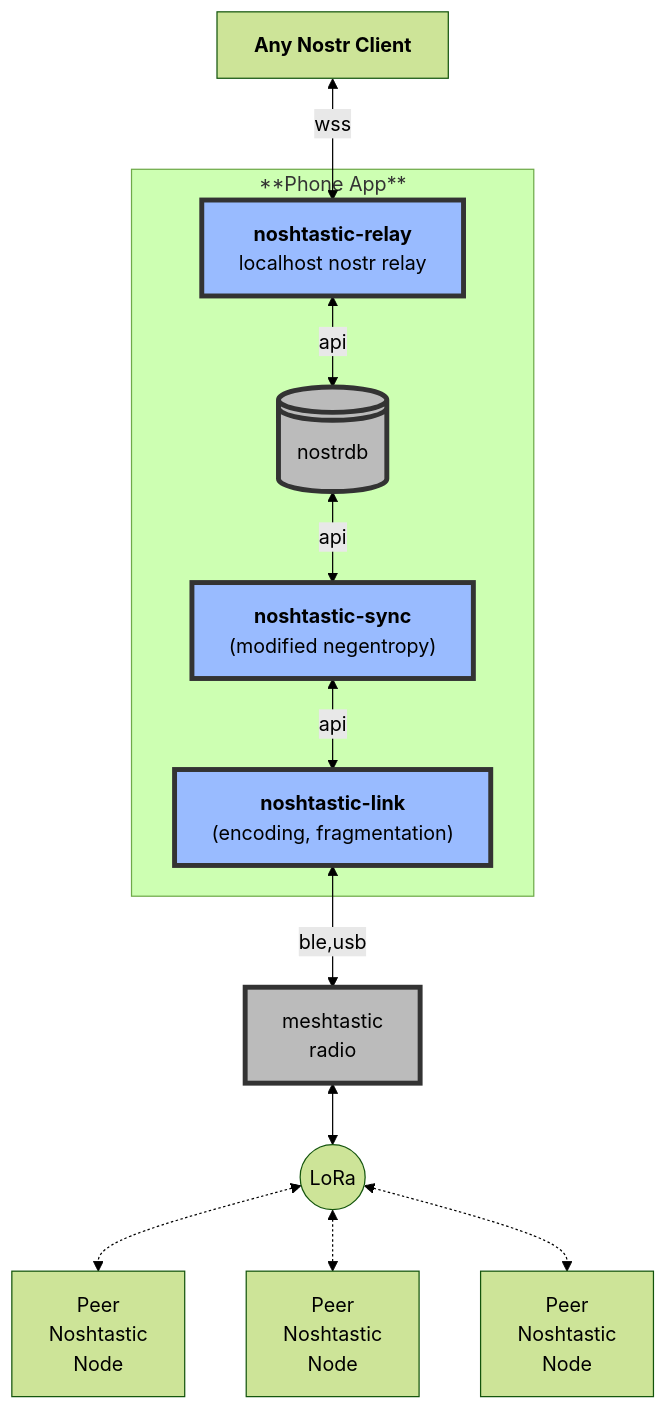
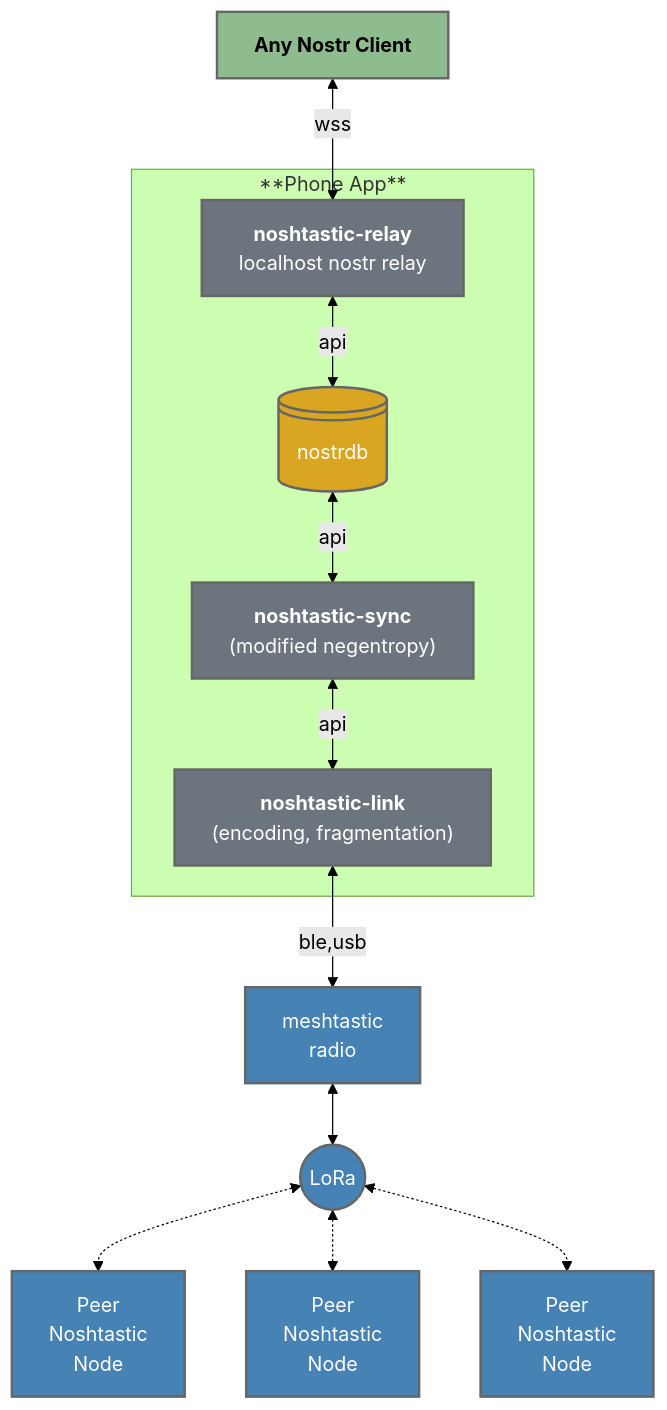
One commit to ksedgwic/noshtastic changed the diagram in README.md. Above: the diagram before and after it, drawn with Mermaid (forest theme).

Commit message:
better color scheme for both dark and light schemes

````diff
--- a/README.md
+++ b/README.md
@@ -5,52 +5,56 @@
 ```mermaid
 flowchart TD
    CLIENT["`**Any Nostr Client**`"]
-   style MESH fill:#bbb,stroke:#333,stroke-width:4px
+   style CLIENT fill:#8fbc8f,stroke:#666,stroke-width:2px,color:#000
 
    RELAY["`**noshtastic-relay**
    localhost nostr relay`"]
-   style RELAY fill:#9bf,stroke:#333,stroke-width:4px
+   style RELAY fill:#6c757d,stroke:#666,stroke-width:2px,color:#fff
 
    NOSTRDB@{ shape: lin-cyl, label: "nostrdb" }
-   style NOSTRDB fill:#bbb,stroke:#333,stroke-width:4px
+   style NOSTRDB fill:#DAA520,stroke:#666,stroke-width:2px,color:#fff
 
    SYNC["`**noshtastic-sync**
    (modified negentropy)`"]
-   style SYNC fill:#9bf,stroke:#333,stroke-width:4px
+   style SYNC fill:#6c757d,stroke:#666,stroke-width:2px,color:#fff
 
    LINK["`**noshtastic-link**
    (encoding, fragmentation)`"]
-   style LINK fill:#9bf,stroke:#333,stroke-width:4px
+   style LINK fill:#6c757d,stroke:#666,stroke-width:2px,color:#fff
 
    MESH["`meshtastic
    radio`"]
-   style MESH fill:#bbb,stroke:#333,stroke-width:4px
+   style MESH fill:#4682B4,stroke:#666,stroke-width:2px,color:#fff
 
    LORA(("`LoRa`"))
+   style LORA fill:#4682B4,stroke:#666,stroke-width:2px,color:#fff
 
    PEER0["`Peer
    Noshtastic
    Node`"]
+   style PEER0 fill:#4682B4,stroke:#666,stroke-width:2px,color:#fff
 
    PEER1["`Peer
    Noshtastic
    Node`"]
+   style PEER1 fill:#4682B4,stroke:#666,stroke-width:2px,color:#fff
 
    PEER2["`Peer
    Noshtastic
    Node`"]
+   style PEER2 fill:#4682B4,stroke:#666,stroke-width:2px,color:#fff
 
    CLIENT<-->|wss|RELAY
 
    subgraph **Phone App**
    RELAY<-->|api|NOSTRDB
    NOSTRDB<-->|api|SYNC
    SYNC<-->|api|LINK
    end
 
    LINK<-->|ble,usb|MESH
    MESH<-->LORA
    LORA<-.->PEER0
    LORA<-.->PEER1
    LORA<-.->PEER2
 ```
````
